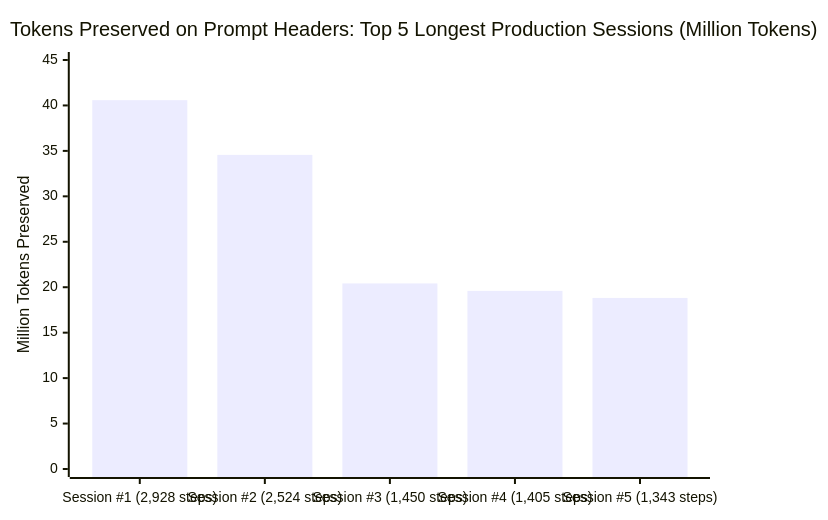
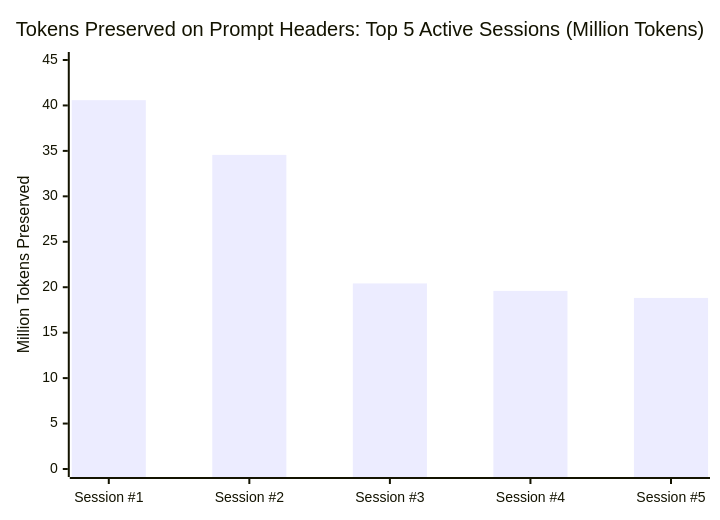
The fourth of 5 diagrams in README.md (scorpion421/skillsdb), drawn with Mermaid before and after one commit. The commit also changed other lines of this file and 1 other file, not shown here.

Commit message:
fix(docs): resolve Mermaid xychart label overlap with compact badges and legends

````diff
--- a/README.md
+++ b/README.md
@@ -107,7 +111,7 @@
 ```mermaid
 xychart-beta
-    title "Tokens Preserved on Prompt Headers: Top 5 Longest Production Sessions (Million Tokens)"
-    x-axis ["Session #1 (2,928 steps)", "Session #2 (2,524 steps)", "Session #3 (1,450 steps)", "Session #4 (1,405 steps)", "Session #5 (1,343 steps)"]
+    title "Tokens Preserved on Prompt Headers: Top 5 Active Sessions (Million Tokens)"
+    x-axis ["Session #1", "Session #2", "Session #3", "Session #4", "Session #5"]
     y-axis "Million Tokens Preserved" 0 --> 45
     bar [40.58, 34.56, 20.42, 19.60, 18.82]
 ```
````
